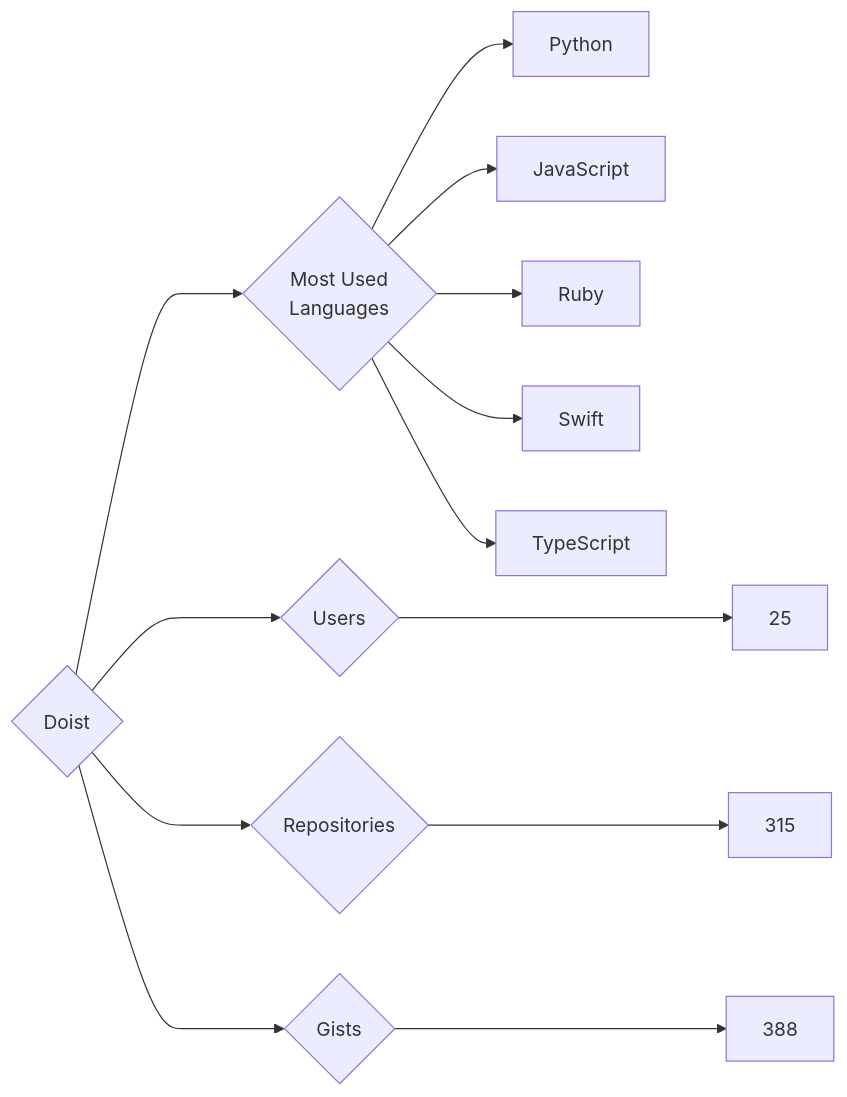
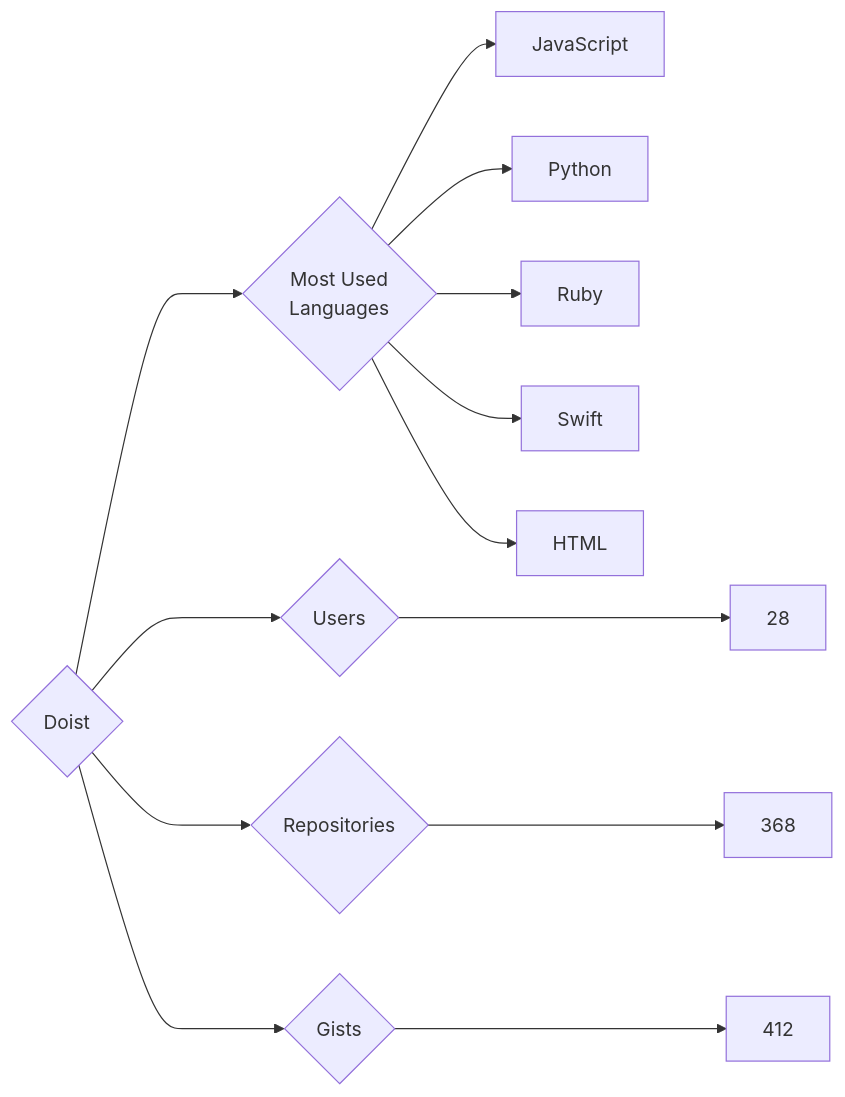
The diagram in targets/Doist/README.md (trickest/insiders), drawn with Mermaid before and after one commit. The commit also changed 681 other files, not shown here.

````diff
--- a/targets/Doist/README.md
+++ b/targets/Doist/README.md
@@ -3,13 +3,13 @@
 ```mermaid
 graph LR
 COMPANY_NAME{Doist}
-COMPANY_NAME ---> U{Users} ---> UN[25]
-COMPANY_NAME ---> R{Repositories} ---> RN[315]
-COMPANY_NAME ---> G{Gists} ---> GN[388]
+COMPANY_NAME ---> U{Users} ---> UN[28]
+COMPANY_NAME ---> R{Repositories} ---> RN[368]
+COMPANY_NAME ---> G{Gists} ---> GN[412]
 COMPANY_NAME ---> ML{Most Used<br>Languages}
+ML --> JavaScript[JavaScript]
 ML --> Python[Python]
-ML --> JavaScript[JavaScript]
 ML --> Ruby[Ruby]
 ML --> Swift[Swift]
-ML --> TypeScript[TypeScript]
+ML --> HTML[HTML]
 ```
````
